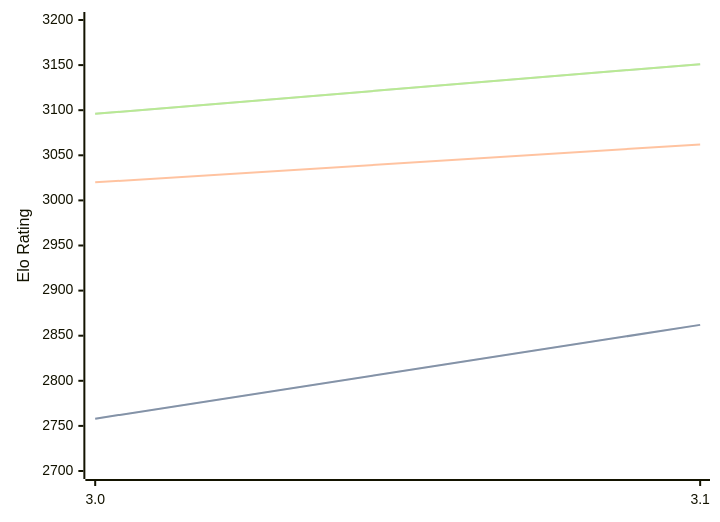
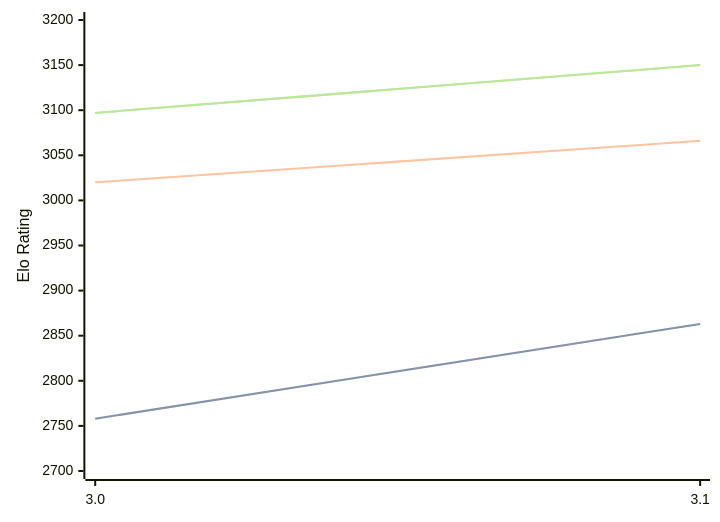
One commit to computer-chess-index/cci changed the diagram in engines/Vajolet2.md. Above: the diagram before and after it, drawn with Mermaid. The commit also changed other lines of this file, not shown here.

Commit message:
Update CCI Ratings (ELO VLTC) - 2026-04-07

````diff
--- a/engines/Vajolet2.md
+++ b/engines/Vajolet2.md
@@ -40,11 +40,11 @@
 ```mermaid
 %%{init: {"theme":"base","themeVariables":{"seriesColors:['#a3a3a3','#222221','#faa371']}}}%%
 xychart-beta
   x-axis ["3.0", "3.1"]
   y-axis "Elo Rating" 2700 --> 3200
-  line "STC (8.0+0.08s)" [2758, 2862]
-  line "STC (8.0+0.08s)" [2758, 2862]
-  line "LTC (60.0+0.60s)" [3020, 3062]
-  line "VLTC (2m24s+1.12s)" [3096, 3151]
-  line "VLTC (2m24s+1.12s)" [3096, 3151]
+  line "STC (8.0+0.08s)" [2758, 2863]
+  line "STC (8.0+0.08s)" [2758, 2863]
+  line "LTC (60.0+0.60s)" [3020, 3066]
+  line "VLTC (2m24s+1.12s)" [3097, 3150]
+  line "VLTC (2m24s+1.12s)" [3097, 3150]
 ```
````
